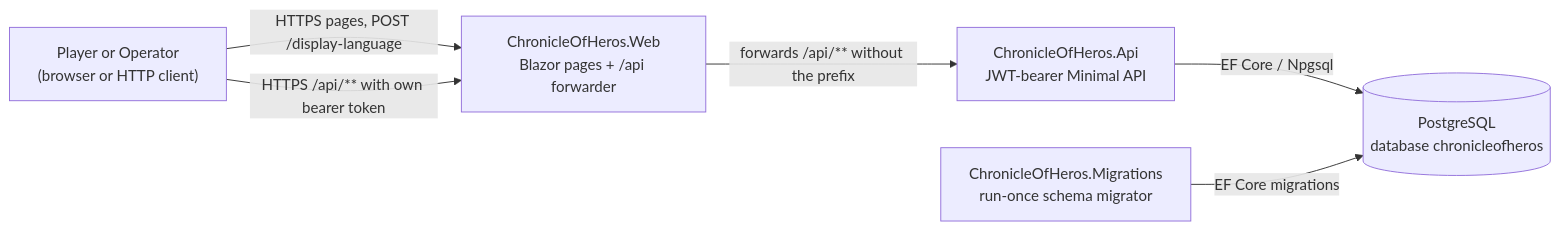
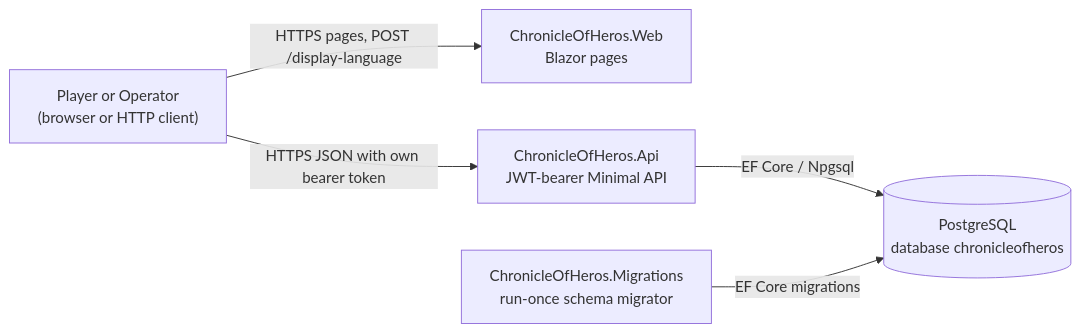
One commit to FlorianAlbert/ChronicleOfHeros changed the diagram in docs/architecture/system/context.md. Above: the diagram before and after it, drawn with Mermaid. The commit also changed other lines of this file and 28 other files, not shown here.

````diff
--- a/docs/architecture/system/context.md
+++ b/docs/architecture/system/context.md
@@ -9,13 +9,12 @@
 ```mermaid
 flowchart LR
     player["Player or Operator<br/>(browser or HTTP client)"]
-    web["ChronicleOfHeros.Web<br/>Blazor pages + /api forwarder"]
+    web["ChronicleOfHeros.Web<br/>Blazor pages"]
     api["ChronicleOfHeros.Api<br/>JWT-bearer Minimal API"]
     migrations["ChronicleOfHeros.Migrations<br/>run-once schema migrator"]
     db[("PostgreSQL<br/>database chronicleofheros")]
     player -->|"HTTPS pages, POST /display-language"| web
-    player -->|"HTTPS /api/** with own bearer token"| web
-    web -->|"forwards /api/** without the prefix"| api
+    player -->|"HTTPS JSON with own bearer token"| api
     api -->|"EF Core / Npgsql"| db
     migrations -->|"EF Core migrations"| db
 ```
````
